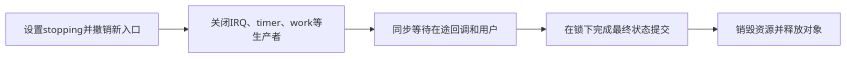
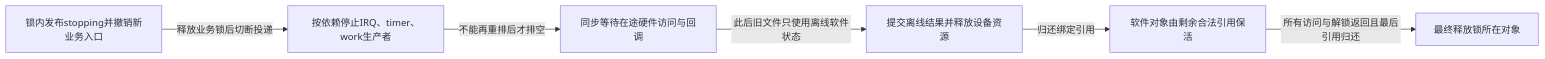
Before and after one commit to FormingSystem/linux_note: the third of 3 diagrams in knowledge/linux/synchronization_and_asynchrony/synchronization/locks/P07_PREEMPT_RT生命周期与选型.md, drawn with Mermaid. The commit also changed other lines of this file and 4 other files, not shown here.

````diff
--- a/knowledge/linux/synchronization_and_asynchrony/synchronization/locks/P07_PREEMPT_RT生命周期与选型.md
+++ b/knowledge/linux/synchronization_and_asynchrony/synchronization/locks/P07_PREEMPT_RT生命周期与选型.md
@@ -79,7 +79,8 @@
 ```mermaid
 flowchart LR
-    A["设置stopping并撤销新入口"] --> B["关闭IRQ、timer、work等生产者"]
-    B --> C["同步等待在途回调和用户"]
-    C --> D["在锁下完成最终状态提交"]
-    D --> E["销毁资源并释放对象"]
+    A["锁内发布stopping并撤销新业务入口"] -->|释放业务锁后切断投递| B["按依赖停止IRQ、timer、work生产者"]
+    B -->|不能再重排后才排空| C["同步等待在途硬件访问与回调"]
+    C -->|此后旧文件只使用离线软件状态| D["提交离线结果并释放设备资源"]
+    D -->|归还绑定引用| E["软件对象由剩余合法引用保活"]
+    E -->|所有访问与解锁返回且最后引用归还| F["最终释放锁所在对象"]
 ```
````
